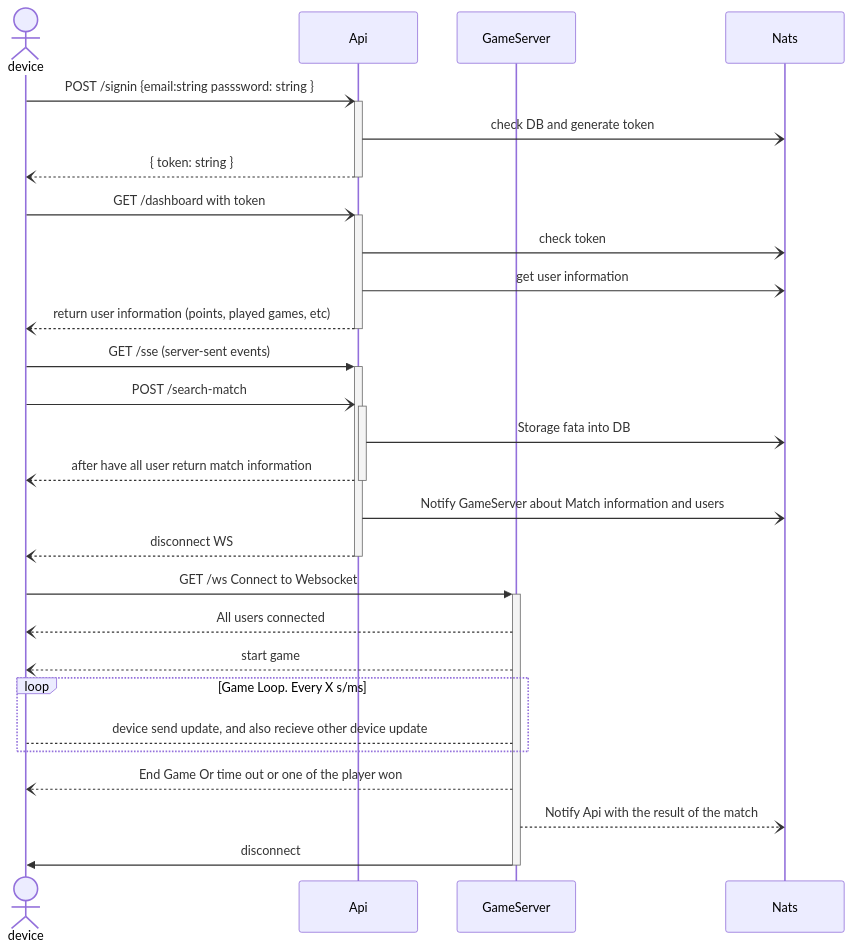
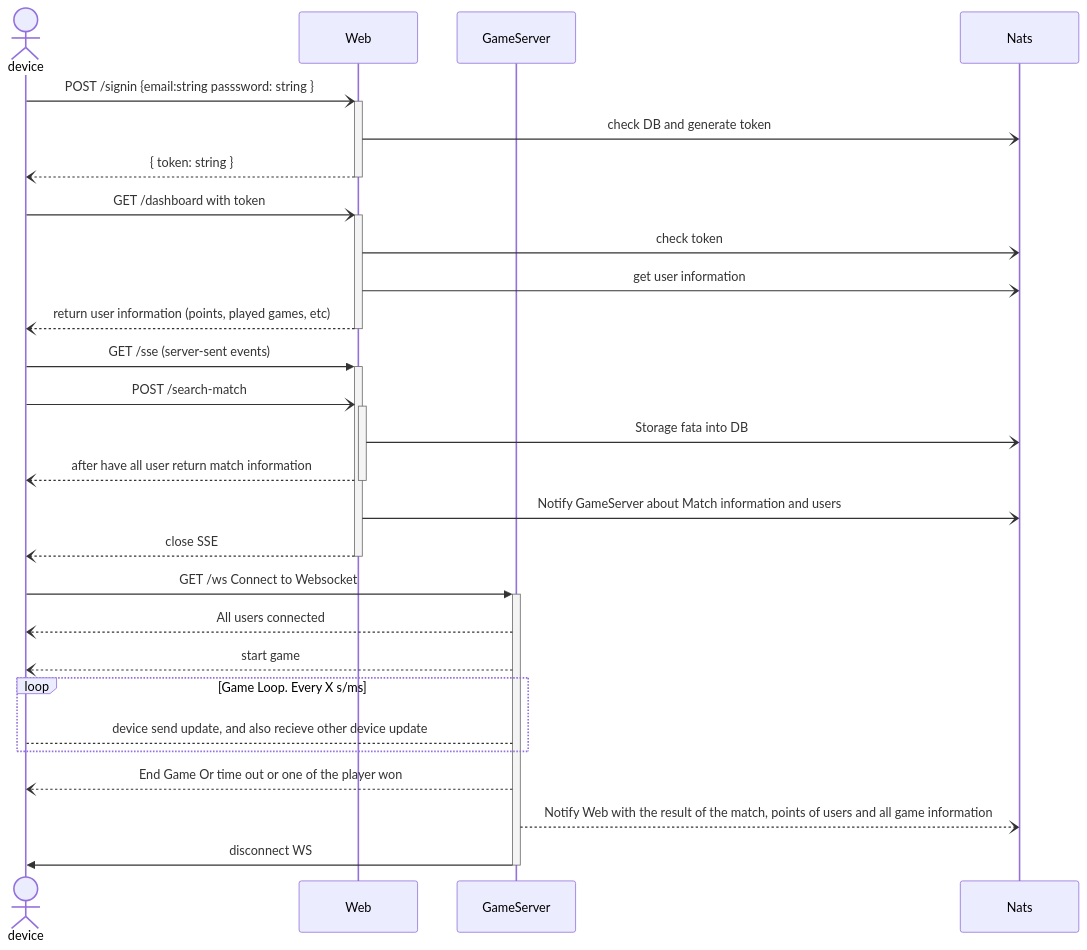
One commit to paolinos/web-game-server changed the diagram in README.md. Above: the diagram before and after it, drawn with Mermaid. The commit also changed other lines of this file and 5 other files, not shown here.

````diff
--- a/README.md
+++ b/README.md
@@ -12,35 +12,35 @@
 ```mermaid
 sequenceDiagram
     actor device
-    participant Api
+    participant Web
     participant GameServer
     participant Nats
 
-    device -)+ Api: POST /signin {email:string passsword: string }
-    Api-) Nats: check DB and generate token
-    Api--)- device: { token: string }
+    device -)+ Web: POST /signin {email:string passsword: string }
+    Web-) Nats: check DB and generate token
+    Web--)- device: { token: string }
 
-    device -)+ Api: GET /dashboard with token
-    Api-) Nats: check token
-    Api-) Nats: get user information
-    Api--)- device: return user information (points, played games, etc)
+    device -)+ Web: GET /dashboard with token
+    Web-) Nats: check token
+    Web-) Nats: get user information
+    Web--)- device: return user information (points, played games, etc)
 
-    device ->>+ Api: GET /sse (server-sent events)
-    device -)+ Api: POST /search-match
-    Api-) Nats: Storage fata into DB
-    Api--)- device: after have all user return match information
-    Api-) Nats: Notify GameServer about Match information and users
-    Api--)- device: disconnect WS
+    device ->>+ Web: GET /sse (server-sent events)
+    device -)+ Web: POST /search-match
+    Web-) Nats: Storage fata into DB
+    Web--)- device: after have all user return match information
+    Web-) Nats: Notify GameServer about Match information and users
+    Web--)- device: close SSE
 
 
     device ->>+ GameServer: GET /ws Connect to Websocket
     GameServer --) device: All users connected
     GameServer --) device: start game
     loop Game Loop. Every X s/ms
         device-->GameServer: device send update, and also recieve other device update
     end
     GameServer --) device: End Game Or time out or one of the player won
-    GameServer --) Nats: Notify Api with the result of the match
-    GameServer ->>- device: disconnect
+    GameServer --) Nats: Notify Web with the result of the match, points of users and all game information
+    GameServer ->>- device: disconnect WS
 
 ```
````
